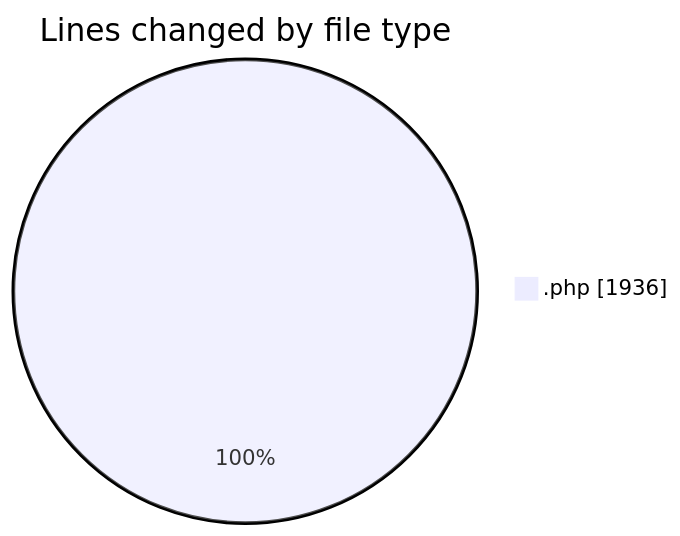
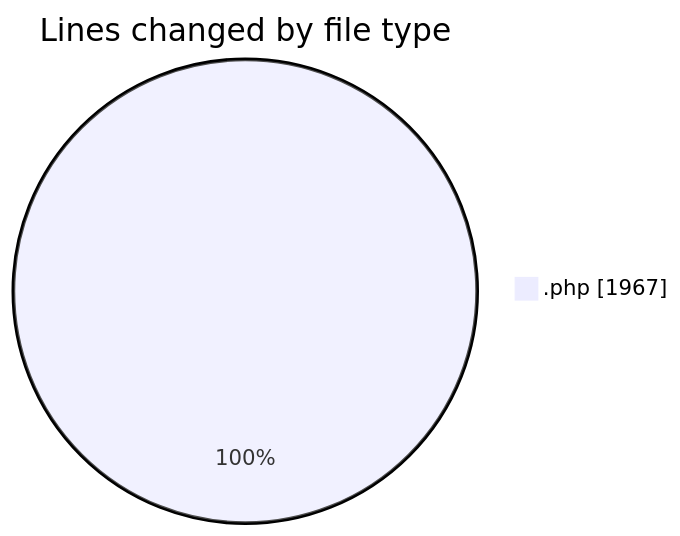
Before and after one commit to debugP/code-tracking: the first of 2 diagrams in 2025-10-07/untitled__workspace_/README.md, drawn with Mermaid. The commit also changed other lines of this file and 1 other file, not shown here.

````diff
--- a/2025-10-07/untitled__workspace_/README.md
+++ b/2025-10-07/untitled__workspace_/README.md
@@ -21,5 +21,5 @@
 ```mermaid
 pie showData
 title Lines changed by file type
-".php" : 1936
+".php" : 1967
 ```
````
